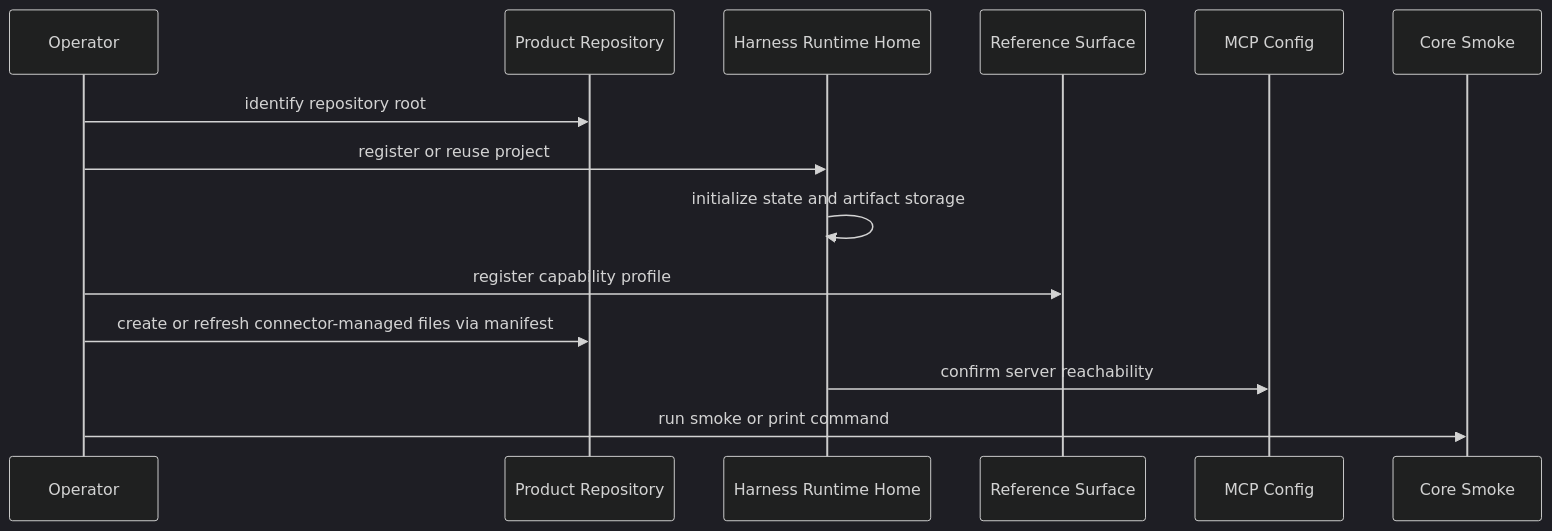
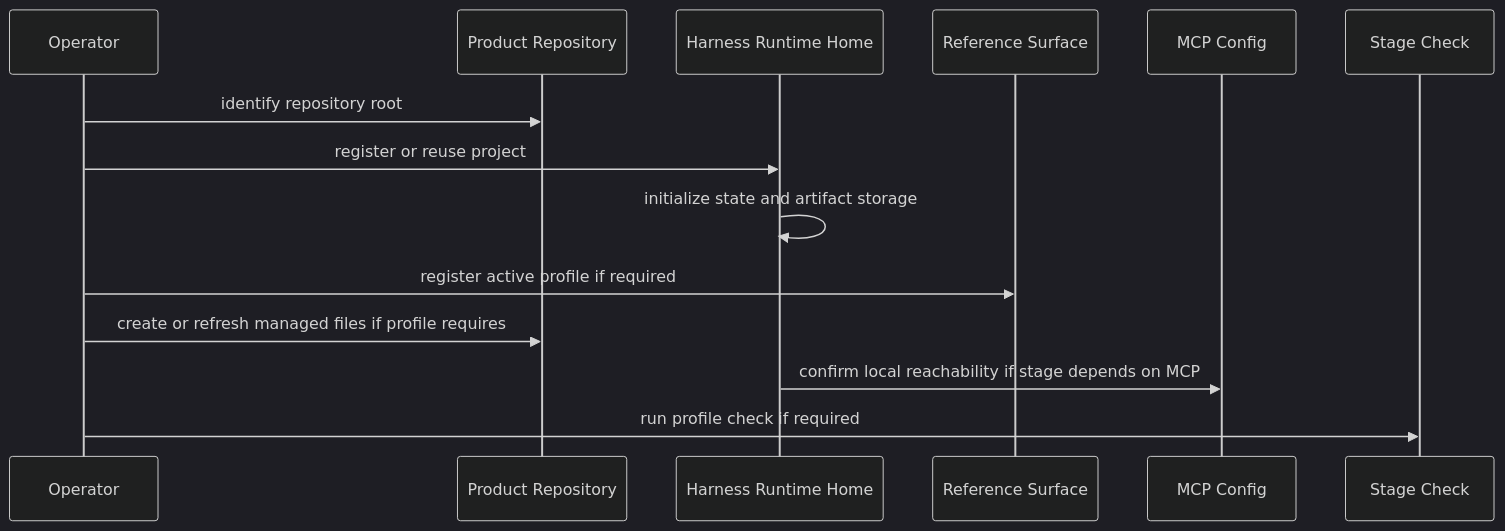
One commit to minjungw00/Harness_Project changed the fourth of 11 diagrams in docs/en/reference/operations-and-conformance.md. Above: the diagram before and after it, drawn with Mermaid (dark theme). The commit also changed other lines of this file and 9 other files, not shown here.

````diff
--- a/docs/en/reference/operations-and-conformance.md
+++ b/docs/en/reference/operations-and-conformance.md
@@ -207,16 +210,16 @@
 ```mermaid
 sequenceDiagram
   participant Op as Operator
   participant Repo as Product Repository
   participant Runtime as Harness Runtime Home
   participant Surface as Reference Surface
   participant MCP as MCP Config
-  participant Core as Core Smoke
+  participant Core as Stage Check
   Op->>Repo: identify repository root
   Op->>Runtime: register or reuse project
   Runtime->>Runtime: initialize state and artifact storage
-  Op->>Surface: register capability profile
-  Op->>Repo: create or refresh connector-managed files via manifest
-  Runtime->>MCP: confirm server reachability
-  Op->>Core: run smoke or print command
+  Op->>Surface: register active profile if required
+  Op->>Repo: create or refresh managed files if profile requires
+  Runtime->>MCP: confirm local reachability if stage depends on MCP
+  Op->>Core: run profile check if required
 ```
````
